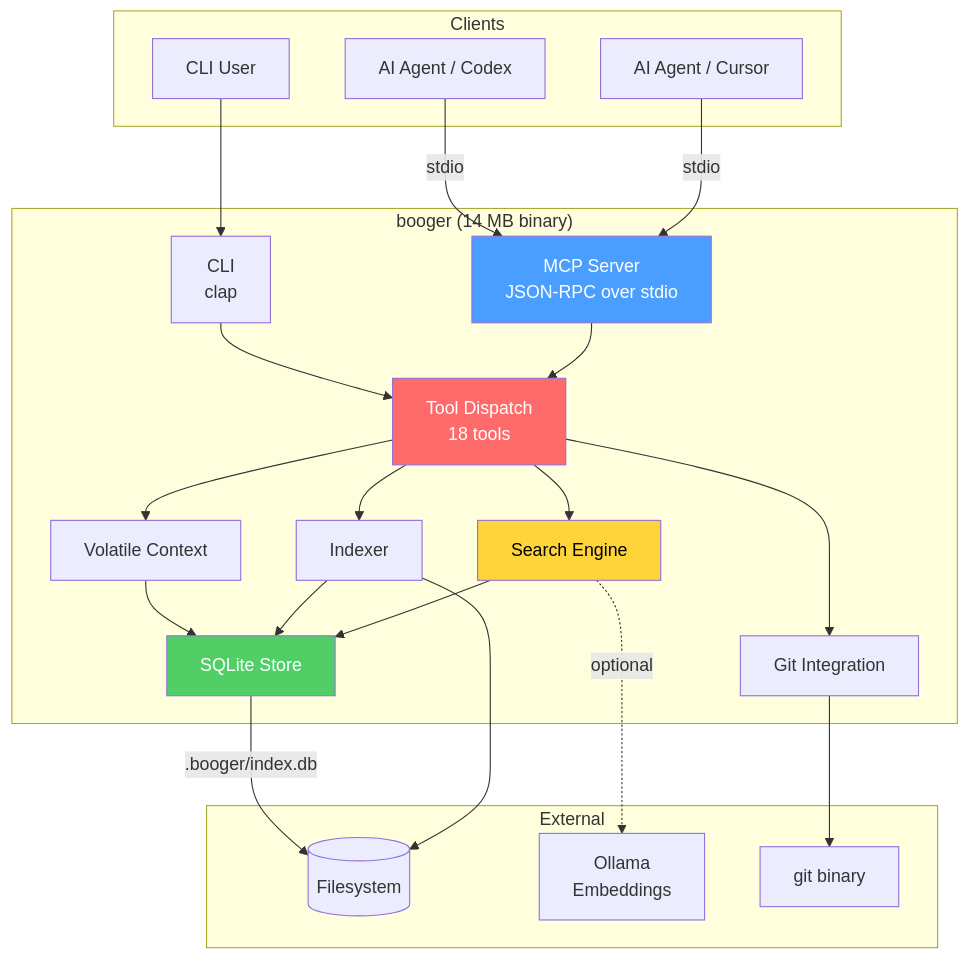
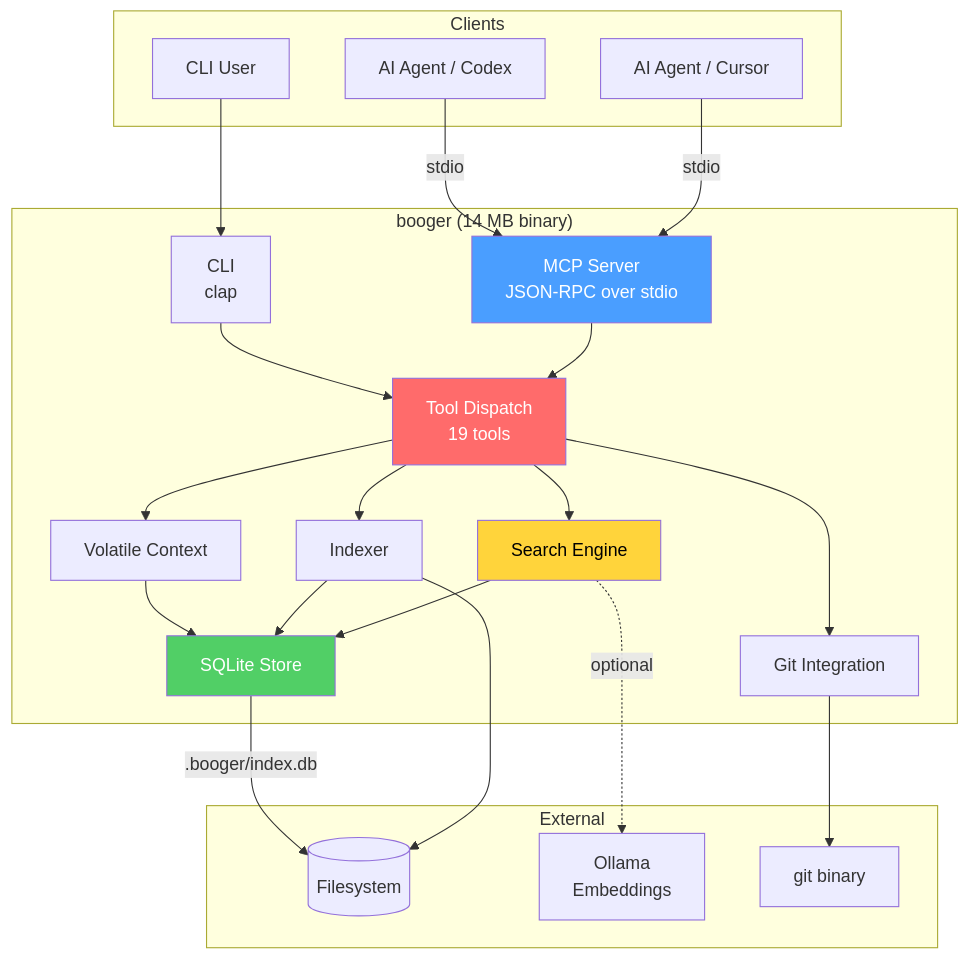
One commit to CryptArtificer/booger changed the first of 9 diagrams in doc/architecture.md. Above: the diagram before and after it, drawn with Mermaid. The commit also changed other lines of this file and 3 other files, not shown here.

````diff
--- a/doc/architecture.md
+++ b/doc/architecture.md
@@ -5,43 +5,43 @@
 ```mermaid
 graph TB
     subgraph Clients
         A1[AI Agent / Cursor]
         A2[AI Agent / Codex]
         A3[CLI User]
     end
 
     subgraph "booger (14 MB binary)"
         MCP["MCP Server<br/>JSON-RPC over stdio"]
         CLI["CLI<br/>clap"]
-        TOOLS["Tool Dispatch<br/>18 tools"]
+        TOOLS["Tool Dispatch<br/>19 tools"]
         SEARCH["Search Engine"]
         INDEX["Indexer"]
         CTX["Volatile Context"]
         GIT["Git Integration"]
         STORE["SQLite Store"]
     end
 
     subgraph External
         FS[(Filesystem)]
         OLLAMA[Ollama<br/>Embeddings]
         GITBIN[git binary]
     end
 
     A1 & A2 -->|stdio| MCP
     A3 --> CLI
     MCP --> TOOLS
     CLI --> TOOLS
     TOOLS --> SEARCH & INDEX & CTX & GIT
     SEARCH --> STORE
     INDEX --> FS
     INDEX --> STORE
     CTX --> STORE
     GIT --> GITBIN
     SEARCH -.->|optional| OLLAMA
     STORE -->|".booger/index.db"| FS
 
     style MCP fill:#4a9eff,color:#fff
     style TOOLS fill:#ff6b6b,color:#fff
     style STORE fill:#51cf66,color:#fff
     style SEARCH fill:#ffd43b,color:#000
 ```
````
